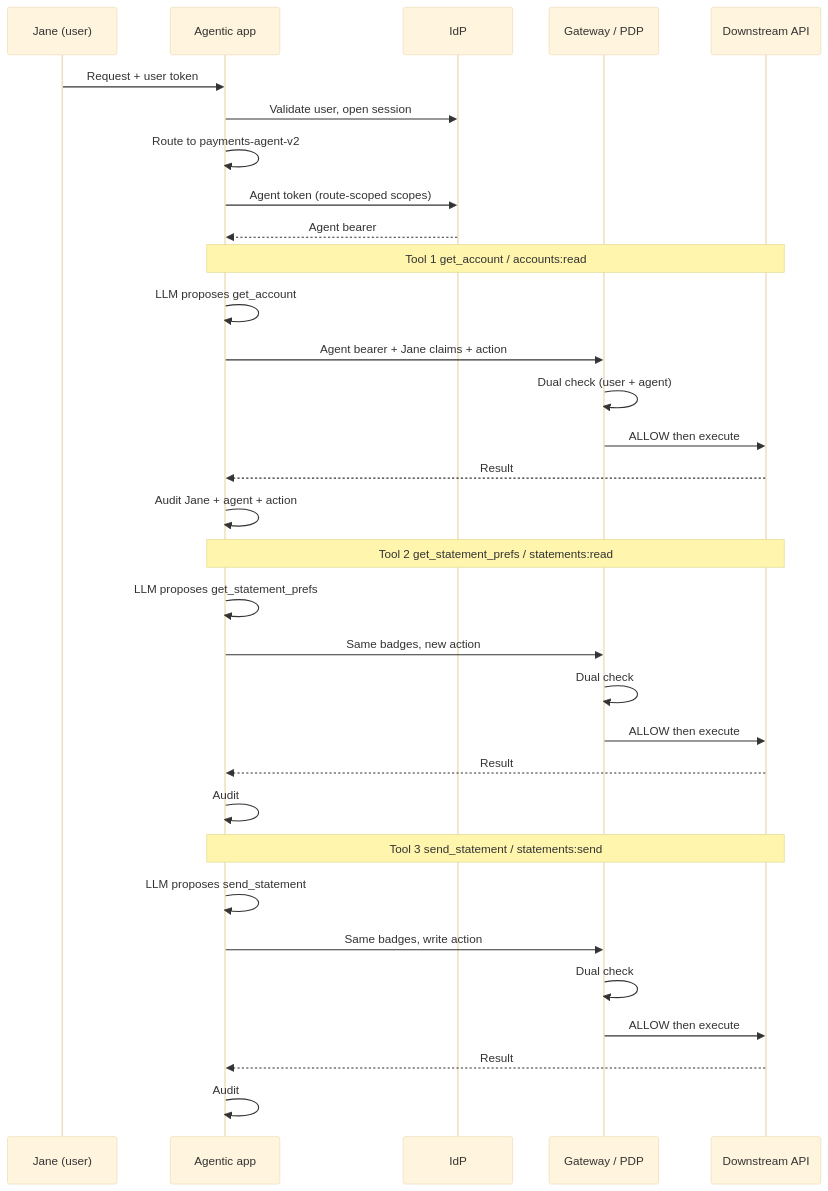
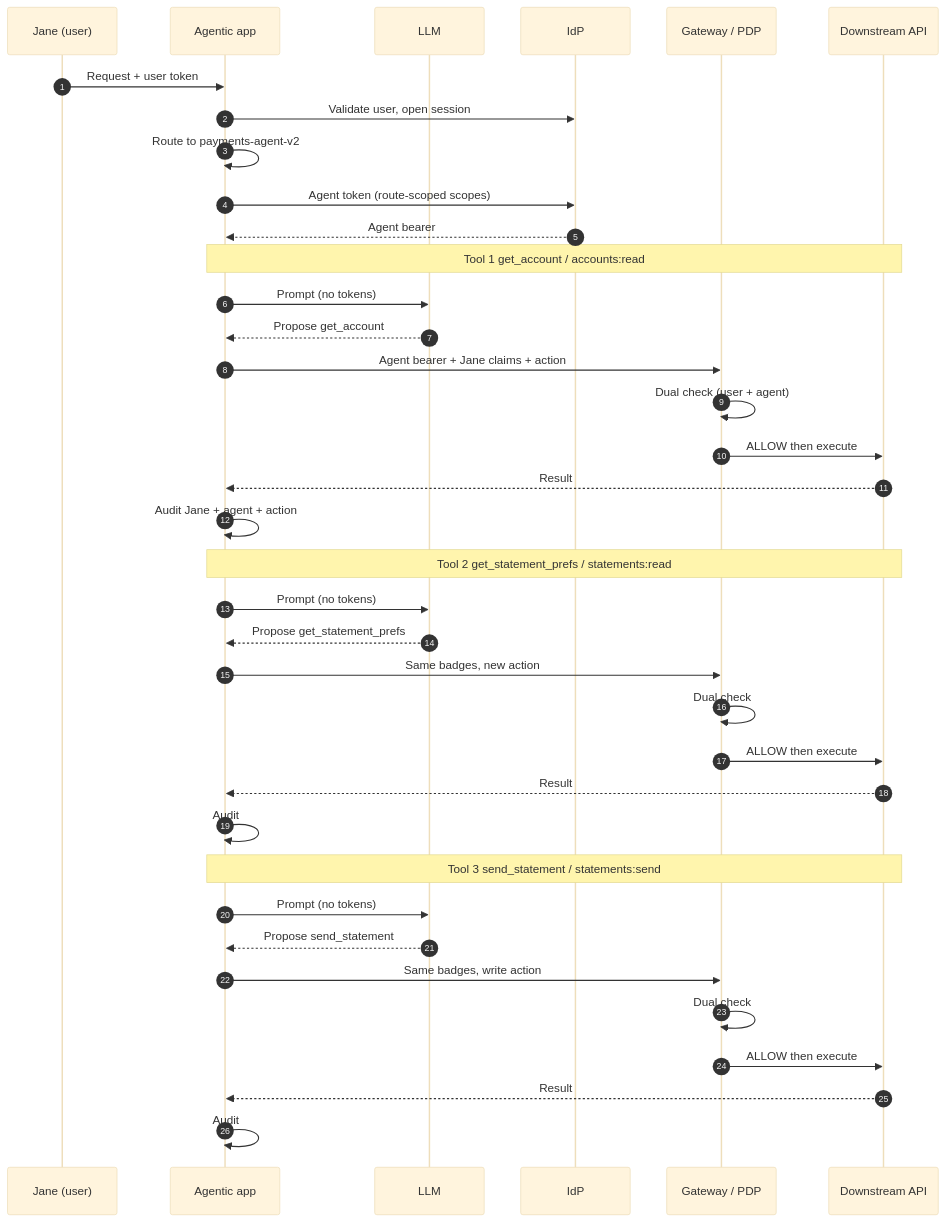
Before and after one commit to iamsharmajitender/gain: the second of 3 diagrams in docs/insights/2026-08-06-agent-identity/agent-identity.mdx, drawn with Mermaid (base theme). The commit also changed other lines of this file and 30 other files, not shown here.

````diff
--- a/docs/insights/2026-08-06-agent-identity/agent-identity.mdx
+++ b/docs/insights/2026-08-06-agent-identity/agent-identity.mdx
@@ -140,38 +140,43 @@
 ```mermaid
 sequenceDiagram
+    autonumber
     participant Jane as Jane (user)
     participant App as Agentic app
+    participant LLM as LLM
     participant IdP as IdP
     participant GW as Gateway / PDP
     participant API as Downstream API
 
     Jane->>App: Request + user token
     App->>IdP: Validate user, open session
     App->>App: Route to payments-agent-v2
     App->>IdP: Agent token (route-scoped scopes)
     IdP-->>App: Agent bearer
 
     Note over App,API: Tool 1 get_account / accounts:read
-    App->>App: LLM proposes get_account
+    App->>LLM: Prompt (no tokens)
+    LLM-->>App: Propose get_account
     App->>GW: Agent bearer + Jane claims + action
     GW->>GW: Dual check (user + agent)
     GW->>API: ALLOW then execute
     API-->>App: Result
     App->>App: Audit Jane + agent + action
 
     Note over App,API: Tool 2 get_statement_prefs / statements:read
-    App->>App: LLM proposes get_statement_prefs
+    App->>LLM: Prompt (no tokens)
+    LLM-->>App: Propose get_statement_prefs
     App->>GW: Same badges, new action
     GW->>GW: Dual check
     GW->>API: ALLOW then execute
     API-->>App: Result
     App->>App: Audit
 
     Note over App,API: Tool 3 send_statement / statements:send
-    App->>App: LLM proposes send_statement
+    App->>LLM: Prompt (no tokens)
+    LLM-->>App: Propose send_statement
     App->>GW: Same badges, write action
     GW->>GW: Dual check
     GW->>API: ALLOW then execute
     API-->>App: Result
     App->>App: Audit
 ```
````
